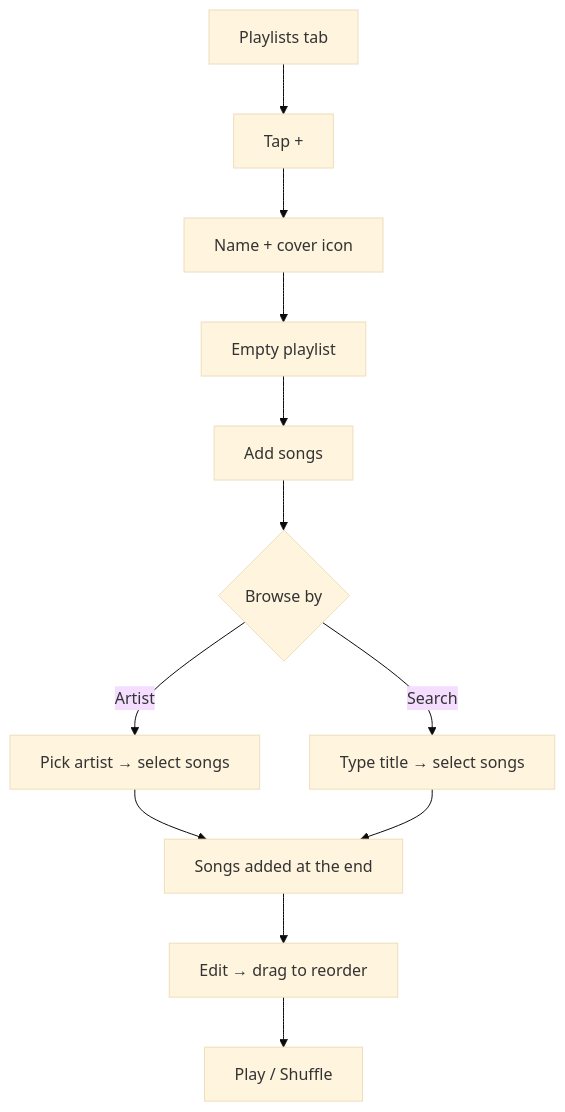
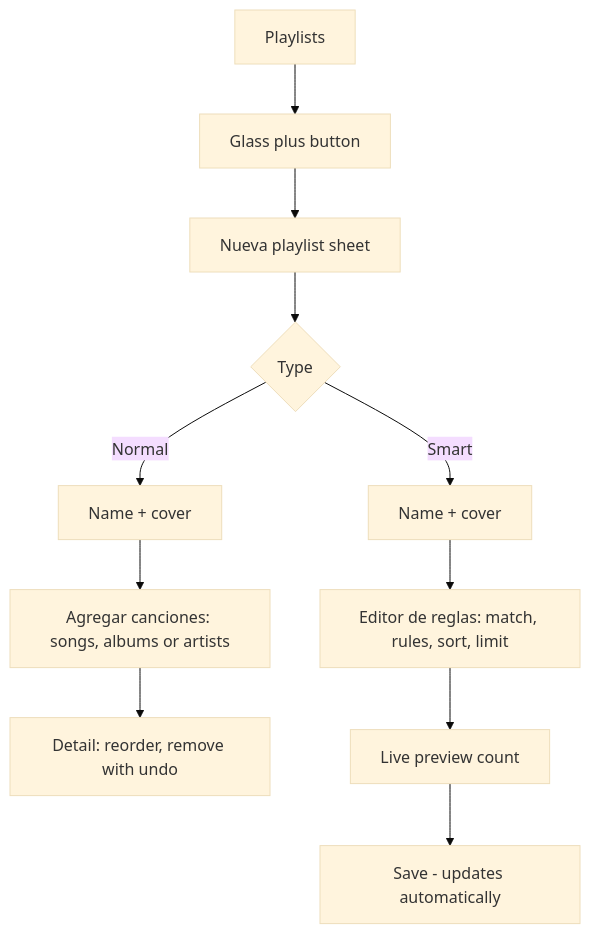
One commit to sabrinasalomon/CoryMusic changed the fifth of 7 diagrams in docs/USER_FLOWS.md. Above: the diagram before and after it, drawn with Mermaid (base theme). The commit also changed other lines of this file and 9 other files, not shown here.

````diff
--- a/docs/USER_FLOWS.md
+++ b/docs/USER_FLOWS.md
@@ -55,13 +97,13 @@
 ```mermaid
 flowchart TD
-    A[Playlists tab] --> B[Tap +]
-    B --> C[Name + cover icon]
-    C --> D[Empty playlist]
-    D --> E[Add songs]
-    E --> F{Browse by}
-    F -- Artist --> G[Pick artist → select songs]
-    F -- Search --> H[Type title → select songs]
-    G & H --> I[Songs added at the end]
-    I --> J[Edit → drag to reorder]
-    J --> K[Play / Shuffle]
+    A[Playlists] --> B[Glass plus button]
+    B --> C[Nueva playlist sheet]
+    C --> D{Type}
+    D -- Normal --> E[Name + cover]
+    E --> F[Agregar canciones: songs, albums or artists]
+    F --> G[Detail: reorder, remove with undo]
+    D -- Smart --> H[Name + cover]
+    H --> I[Editor de reglas: match, rules, sort, limit]
+    I --> J[Live preview count]
+    J --> K[Save - updates automatically]
 ```
````
